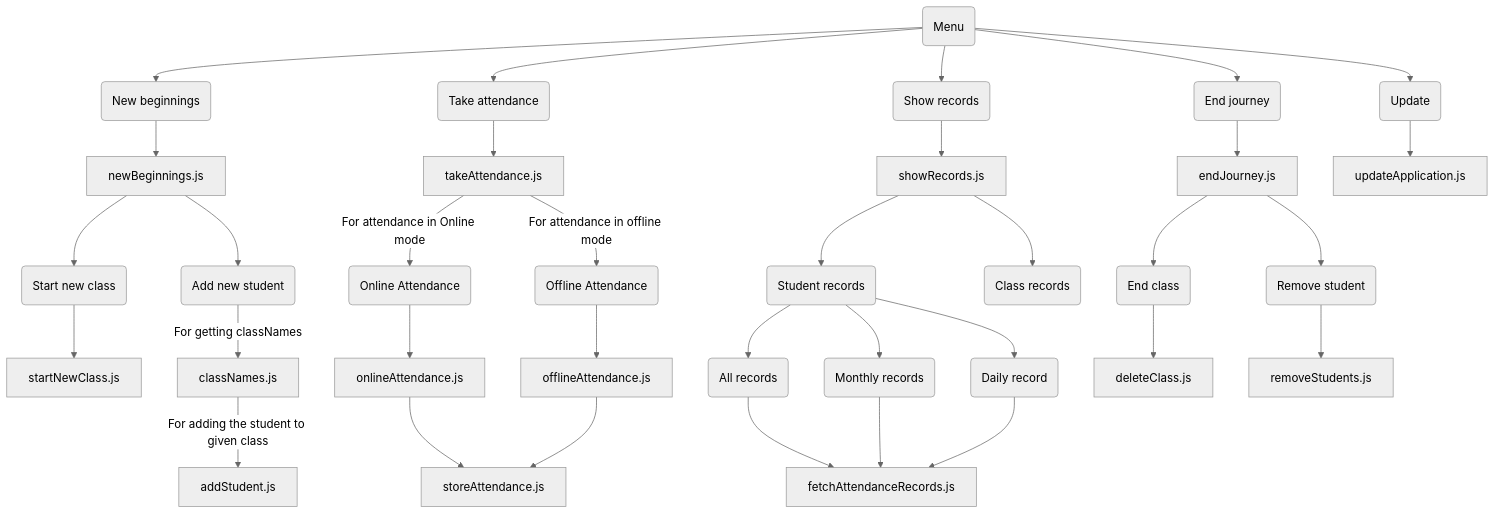
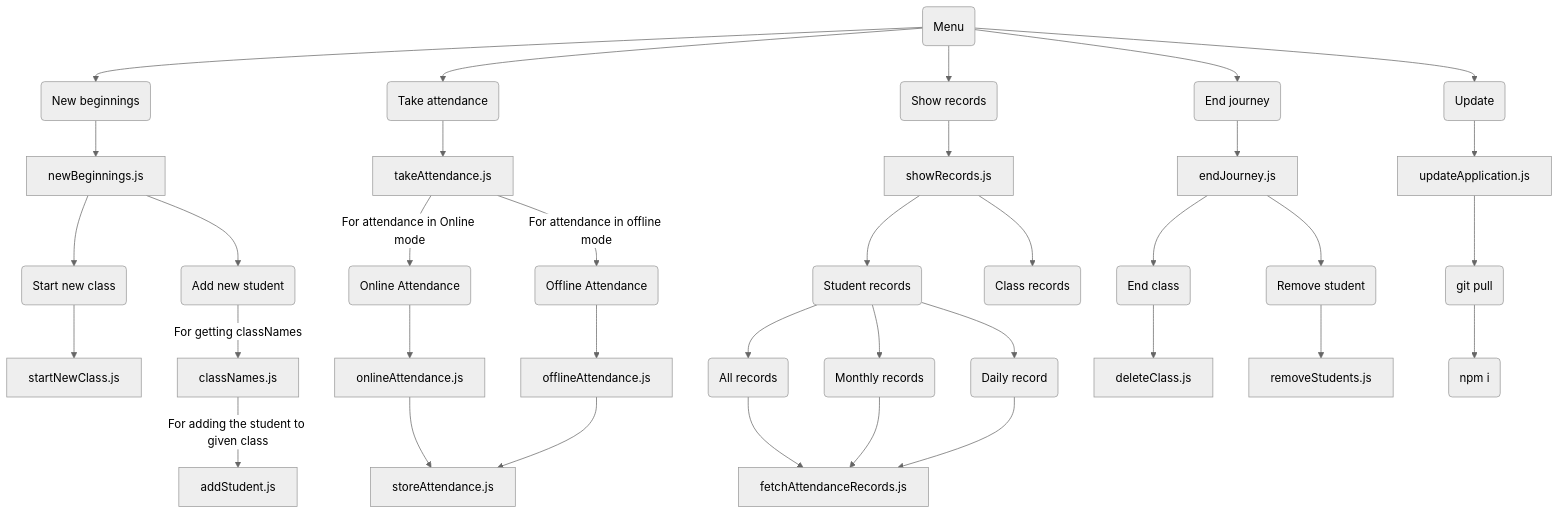
Before and after one commit to Sam-Varghese/TeachersKit: the diagram in SystemArchitecture.md, drawn with Mermaid (neutral theme).

Commit message:
Updates to sys arch.

````diff
--- a/SystemArchitecture.md
+++ b/SystemArchitecture.md
@@ -1,70 +1,75 @@
 ```mermaid
 flowchart TB;
 
 %% Creating menu items
 
 menu(Menu) --> newBeg(New beginnings)
 menu --> takAtt(Take attendance)
 menu --> shRec(Show records)
 menu --> endJrn(End journey)
 menu --> upd(Update)
 
 %% Putting up the file names for resp. menu items
 
 newBeg --> newBegFil[newBeginnings.js]
 takAtt --> takAttFil[takeAttendance.js]
 shRec --> shRecFil[showRecords.js]
 endJrn --> endJrnFil[endJourney.js]
 upd --> updFil[updateApplication.js]
 
 %% Menu items of New beginnings
 
 newBegFil --> newBegOpt1(Start new class)
 newBegFil --> newBegOpt2(Add new student)
 
 %% Files for all menu items of new Beginnings
 
 newBegOpt1 --> newBegOpt1Fil[startNewClass.js]
 newBegOpt2 --> |For getting classNames|newBegOpt2File1[classNames.js]
 newBegOpt2File1 --> |For adding the student to given class|newBegOpt2File2[addStudent.js]
 
 %% Menu items for taking attendance
 
 takAttFil --> |For attendance in Online mode|onlAtt(Online Attendance)
 takAttFil --> |For attendance in offline mode|offAtt(Offline Attendance)
 
 %% Files required for respective menu items of modes of attendance
 
 onlAtt --> onlAttFil[onlineAttendance.js]
 offAtt --> offAttFile[offlineAttendance.js]
 
 onlAttFil --> strAtt[storeAttendance.js]
 offAttFile --> strAtt
 
 %% Working on showRecords menu items
 
 shRecFil --> stuRec(Student records)
 shRecFil --> classRec(Class records)
 
 %% Working on student records
 
 stuRec --> allRec(All records)
 stuRec --> monthlyRec(Monthly records)
 stuRec --> dailyRec(Daily record)
 
 %% Working on student records menu item files
 
 allRec --> recordsProg[fetchAttendanceRecords.js]
 monthlyRec --> recordsProg
 dailyRec --> recordsProg
 
 %% Working on endJourney menu items
 
 endJrnFil --> endClass(End class)
 endJrnFil --> remStu(Remove student)
 
 %% Working on file for endJourney menu items
 
 endClass --> endClassFil[deleteClass.js]
 remStu --> remStuFil[removeStudents.js]
+
+%% Update application working
+
+updFil --> pullChange(git pull)
+pullChange --> instPckg(npm i)
 ```
````
